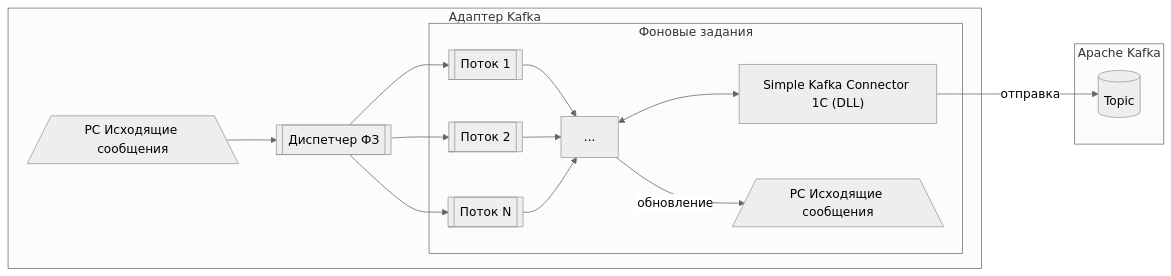
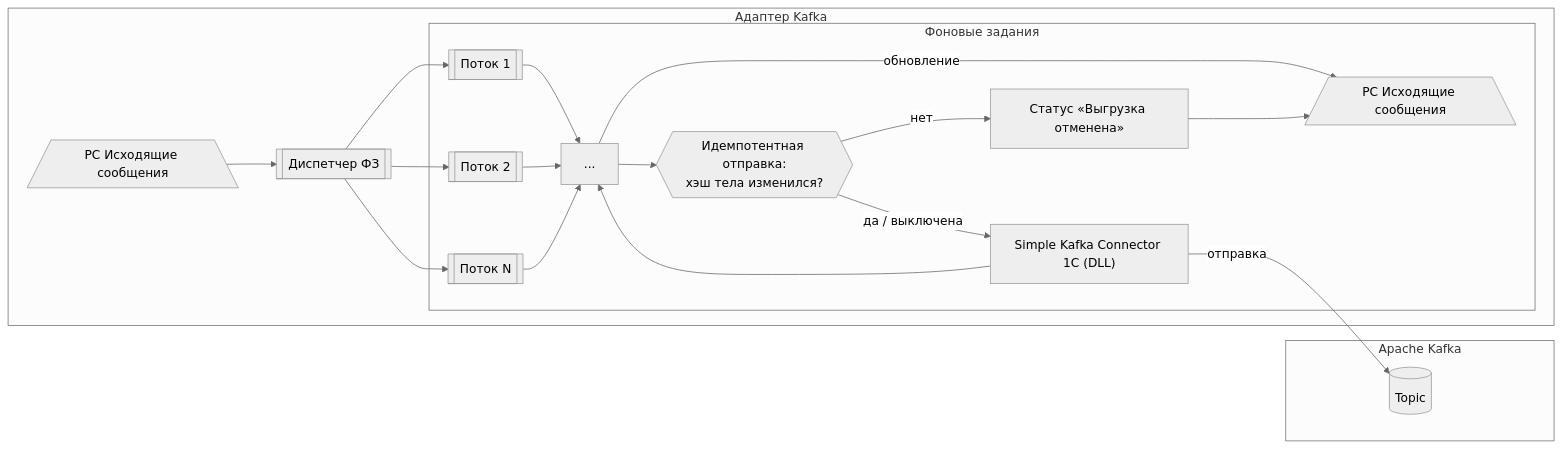
The third of 6 diagrams in docs/overview/data-flow.md (ShadobaAI/kafka-adapter), drawn with Mermaid (neutral theme) before and after one commit. The commit also changed other lines of this file and 40 other files, not shown here.

````diff
--- a/docs/overview/data-flow.md
+++ b/docs/overview/data-flow.md
@@ -100,24 +100,30 @@
 ```mermaid
 flowchart LR
     subgraph Adapter["Адаптер Kafka"]
         QUEUE[/"РС Исходящие сообщения"\]
         DISPATCH[[Диспетчер ФЗ]]
         subgraph WORKERS["Фоновые задания"]
             WORKER1[[Поток 1]]
             WORKER2[[Поток 2]]
             WORKERN[[Поток N]]
             PROCESS["..."]
+            HASH{{"Идемпотентная отправка:<br/>хэш тела изменился?"}}
+            CANCEL["Статус «Выгрузка отменена»"]
             DLL["Simple Kafka Connector 1C (DLL)"]
             RESULT[/"РС Исходящие сообщения"\]
         end
     end
     subgraph Kafka["Apache Kafka"]
         TOPIC[(Topic)]
     end
     QUEUE --> DISPATCH
     DISPATCH --> WORKER1 --> PROCESS
     DISPATCH --> WORKER2 --> PROCESS
     DISPATCH --> WORKERN --> PROCESS
-    PROCESS <--> DLL -->|отправка| TOPIC
+    PROCESS --> HASH
+    HASH -->|"да / выключена"| DLL -->|отправка| TOPIC
+    HASH -->|нет| CANCEL
+    DLL --> PROCESS
     PROCESS --> |обновление| RESULT
+    CANCEL --> RESULT
 ```
````
